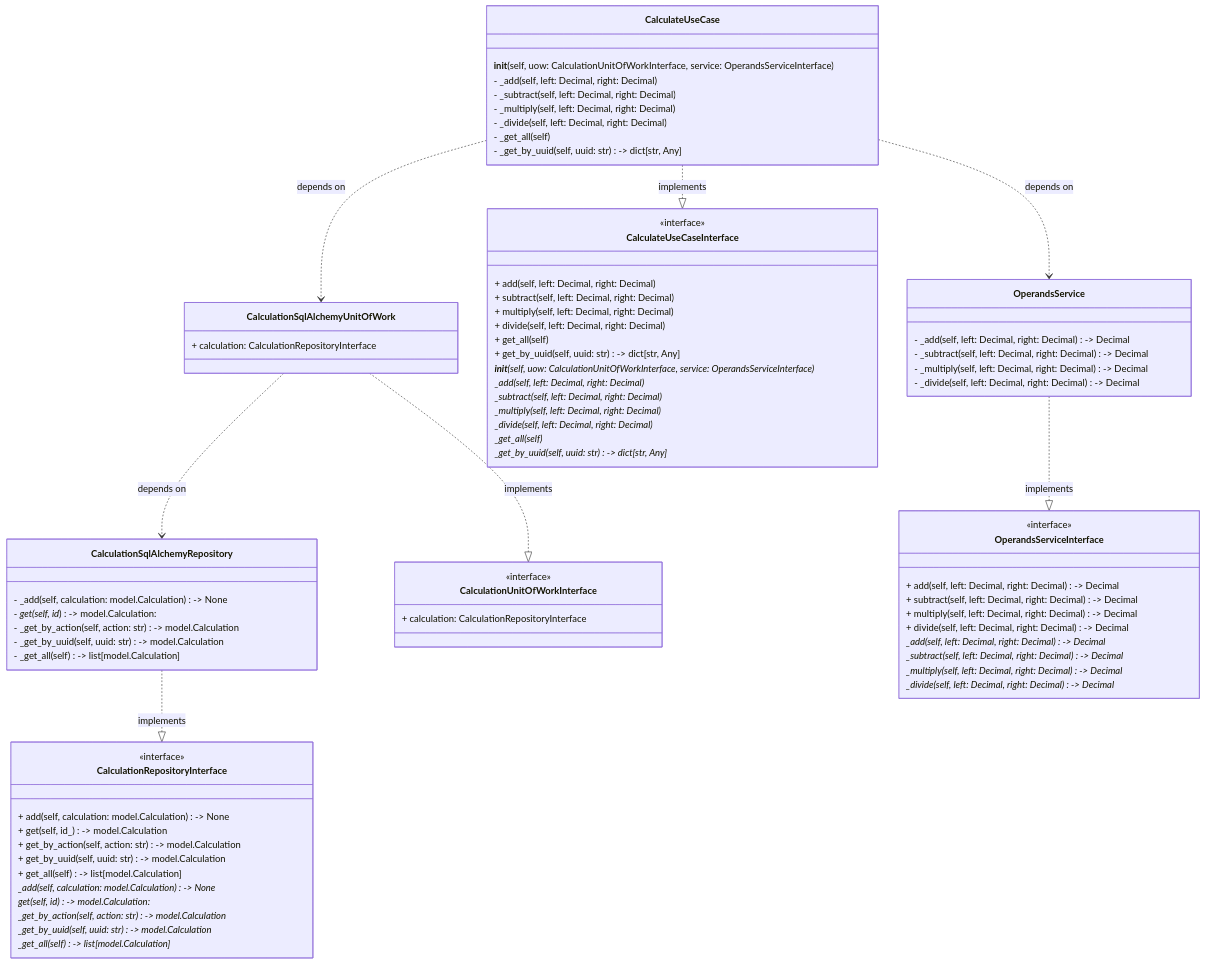
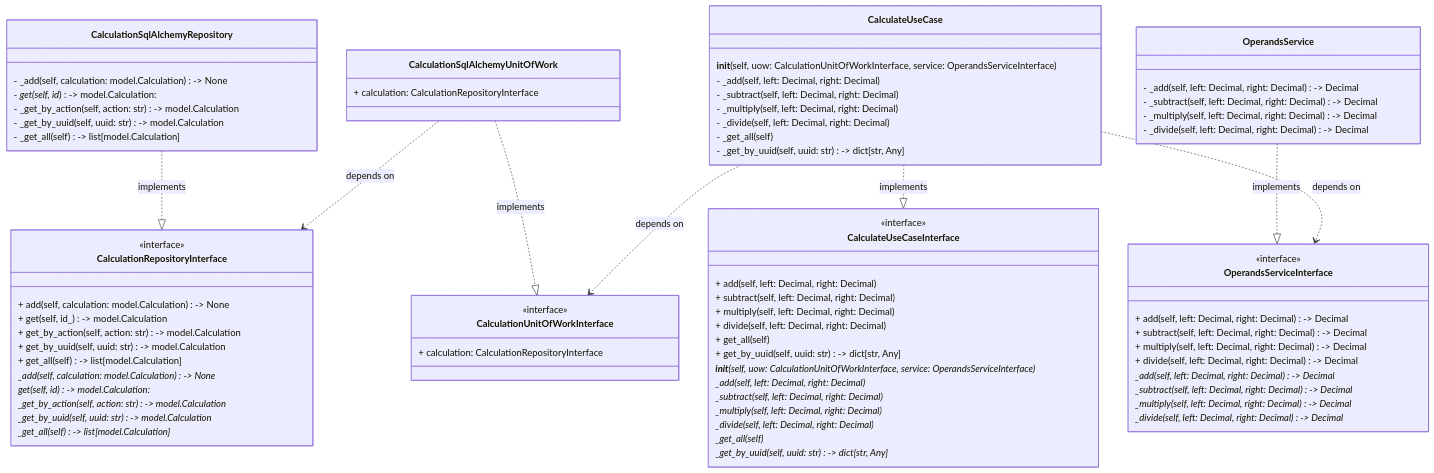
The first of 3 diagrams in README.md (ShahriyarR/hexagonal-calculator), drawn with Mermaid before and after one commit. The commit also changed other lines of this file and 1 other file, not shown here.

````diff
--- a/README.md
+++ b/README.md
@@ -134,7 +139,7 @@
     CalculationSqlAlchemyUnitOfWork ..|> CalculationUnitOfWorkInterface: implements
     CalculateUseCase ..|> CalculateUseCaseInterface: implements
     OperandsService ..|> OperandsServiceInterface: implements
-    CalculationSqlAlchemyUnitOfWork ..> CalculationSqlAlchemyRepository: depends on
-    CalculateUseCase ..> CalculationSqlAlchemyUnitOfWork: depends on
-    CalculateUseCase ..> OperandsService: depends on
+    CalculationSqlAlchemyUnitOfWork ..> CalculationRepositoryInterface: depends on
+    CalculateUseCase ..> CalculationUnitOfWorkInterface: depends on
+    CalculateUseCase ..> OperandsServiceInterface: depends on
 ```
````
